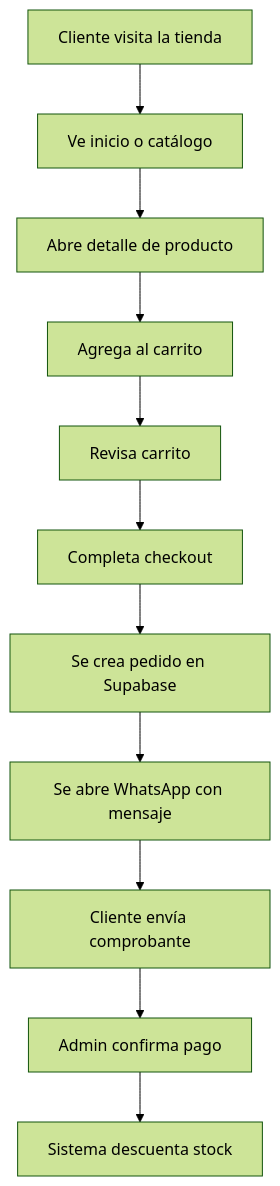
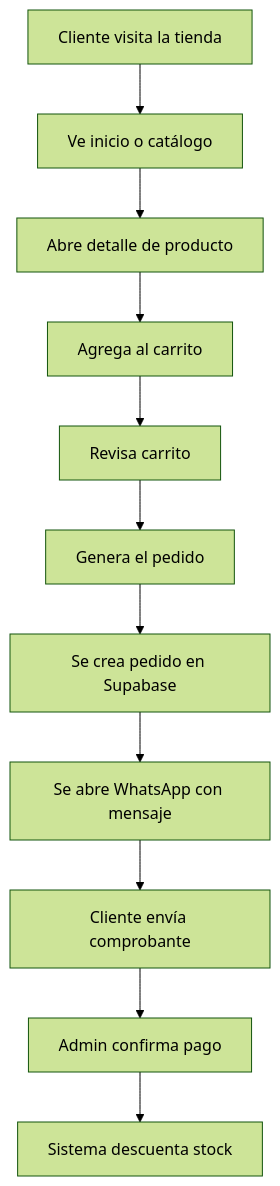
The first of 9 diagrams in docs/Documentación.md (deylleranchundiaalcivar34-stack/pesca-con-fe), drawn with Mermaid (forest theme) before and after one commit. The commit also changed other lines of this file and 34 other files, not shown here.

````diff
--- a/docs/Documentación.md
+++ b/docs/Documentación.md
@@ -48,13 +48,13 @@
 ```mermaid
 flowchart TD
   A["Cliente visita la tienda"] --> B["Ve inicio o catálogo"]
   B --> C["Abre detalle de producto"]
   C --> D["Agrega al carrito"]
   D --> E["Revisa carrito"]
-  E --> F["Completa checkout"]
+  E --> F["Genera el pedido"]
   F --> G["Se crea pedido en Supabase"]
   G --> H["Se abre WhatsApp con mensaje"]
   H --> I["Cliente envía comprobante"]
   I --> J["Admin confirma pago"]
   J --> K["Sistema descuenta stock"]
 ```
````
